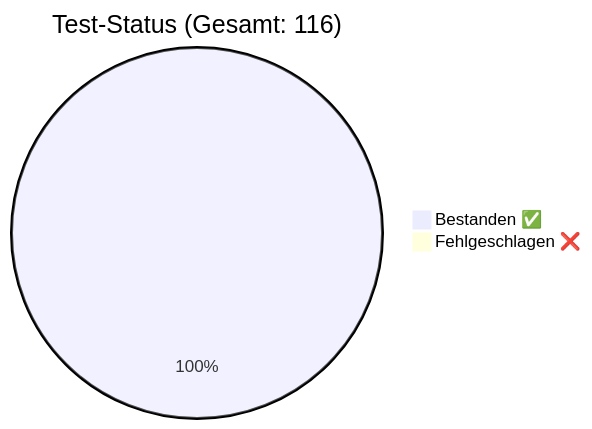
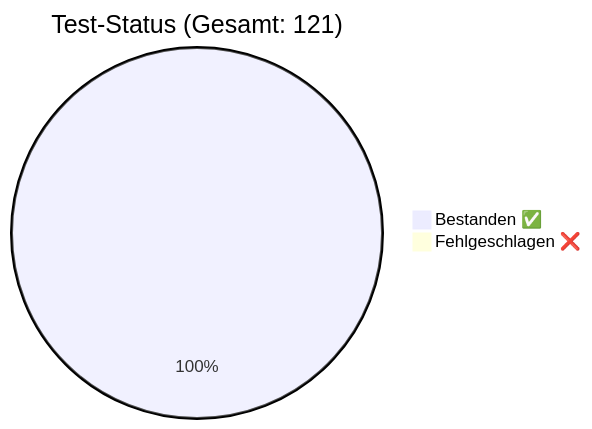
One commit to rorila/GCS changed the diagram in docs/QA_Report.md. Above: the diagram before and after it, drawn with Mermaid. The commit also changed other lines of this file and 4 other files, not shown here.

````diff
--- a/docs/QA_Report.md
+++ b/docs/QA_Report.md
@@ -7,5 +7,5 @@
 ```mermaid
-pie title Test-Status (Gesamt: 116)
-    "Bestanden ✅" : 116
+pie title Test-Status (Gesamt: 121)
+    "Bestanden ✅" : 121
     "Fehlgeschlagen ❌" : 0
 ```
````
